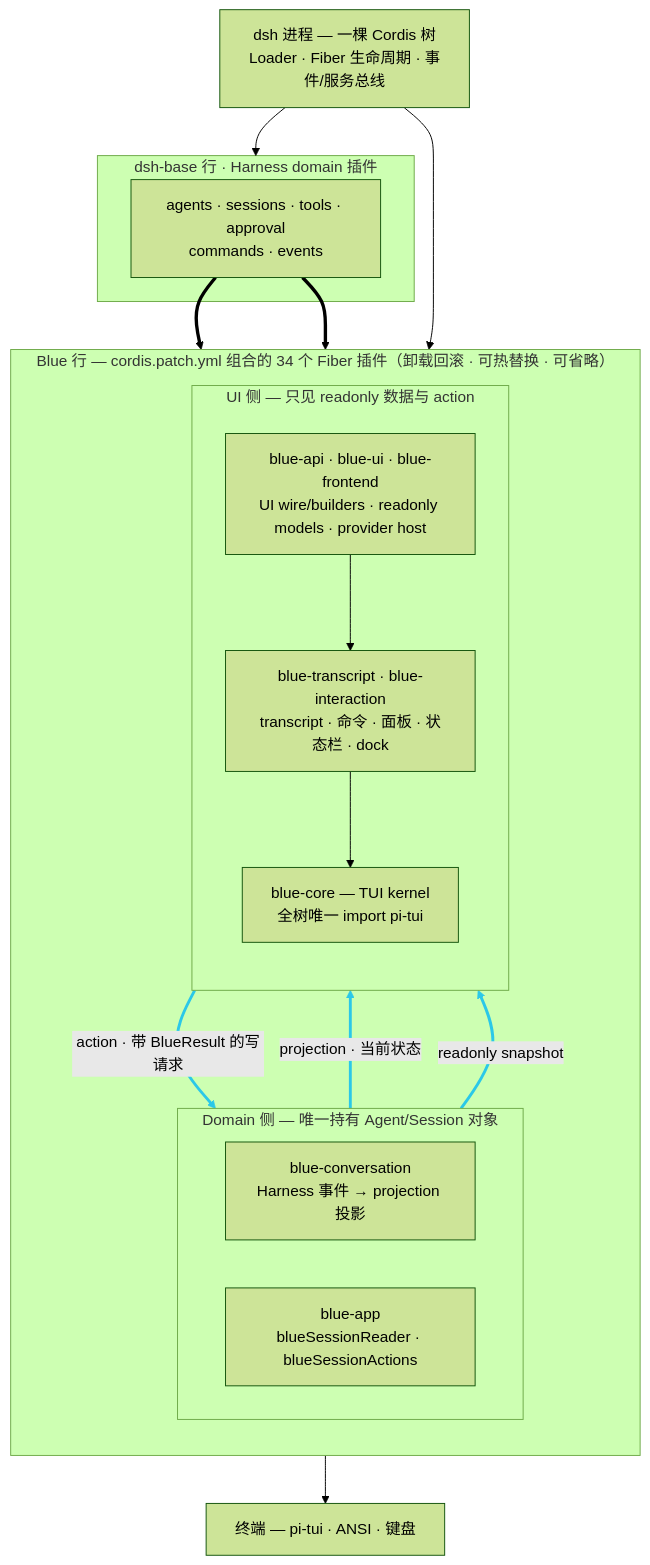
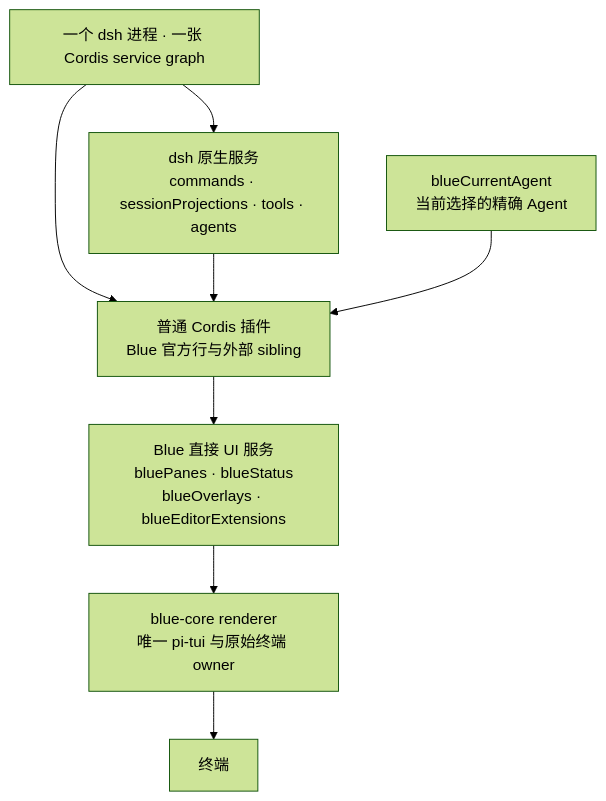
The diagram in README.zh.md (dsh-blue/blue), drawn with Mermaid (forest theme) before and after one commit. The commit also changed other lines of this file and 535 other files, not shown here.

First line of the commit message:
refactor!: replace capability host with direct Cordis services

````diff
--- a/README.zh.md
+++ b/README.zh.md
@@ -58,38 +85,18 @@
 ```mermaid
 flowchart TB
-    ROOT["dsh 进程 — 一棵 Cordis 树<br/>Loader · Fiber 生命周期 · 事件/服务总线"]
+    ROOT["一个 dsh 进程 · 一张 Cordis service graph"]
+    DSH["dsh 原生服务<br/>commands · sessionProjections · tools · agents"]
+    PLUGIN["普通 Cordis 插件<br/>Blue 官方行与外部 sibling"]
+    AGENT["blueCurrentAgent<br/>当前选择的精确 Agent"]
+    UI["Blue 直接 UI 服务<br/>bluePanes · blueStatus<br/>blueOverlays · blueEditorExtensions"]
+    CORE["blue-core renderer<br/>唯一 pi-tui 与原始终端 owner"]
+    TERM["终端"]
 
-    subgraph BASE["dsh-base 行 · Harness domain 插件"]
-        HAR["agents · sessions · tools · approval<br/>commands · events"]
-    end
-
-    subgraph BLUE["Blue 行 — cordis.patch.yml 组合的 34 个 Fiber 插件（卸载回滚 · 可热替换 · 可省略）"]
-        direction TB
-        subgraph DOM["Domain 侧 — 唯一持有 Agent/Session 对象"]
-            direction LR
-            CONV["blue-conversation<br/>Harness 事件 → projection 投影"]
-            APP["blue-app<br/>blueSessionReader · blueSessionActions"]
-        end
-        subgraph UI["UI 侧 — 只见 readonly 数据与 action"]
-            direction TB
-            FE["blue-api · blue-ui · blue-frontend<br/>UI wire/builders · readonly models · provider host"]
-            ADP["blue-transcript · blue-interaction<br/>transcript · 命令 · 面板 · 状态栏 · dock"]
-            KRN["blue-core — TUI kernel<br/>全树唯一 import pi-tui"]
-            FE --> ADP
-            ADP --> KRN
-        end
-        CONV -- "projection · 当前状态" --> FE
-        APP -- "readonly snapshot" --> FE
-        UI -- "action · 带 BlueResult 的写请求" --> DOM
-    end
-
-    TERM["终端 — pi-tui · ANSI · 键盘"]
-
-    ROOT --> BASE
-    ROOT --> BLUE
-    HAR ==> CONV
-    HAR ==> APP
-    KRN --> TERM
-
-    linkStyle 2,3,4 stroke:#2bc8e8,stroke-width:3px
+    ROOT --> DSH
+    ROOT --> PLUGIN
+    DSH --> PLUGIN
+    AGENT --> PLUGIN
+    PLUGIN --> UI
+    UI --> CORE
+    CORE --> TERM
 ```
````
